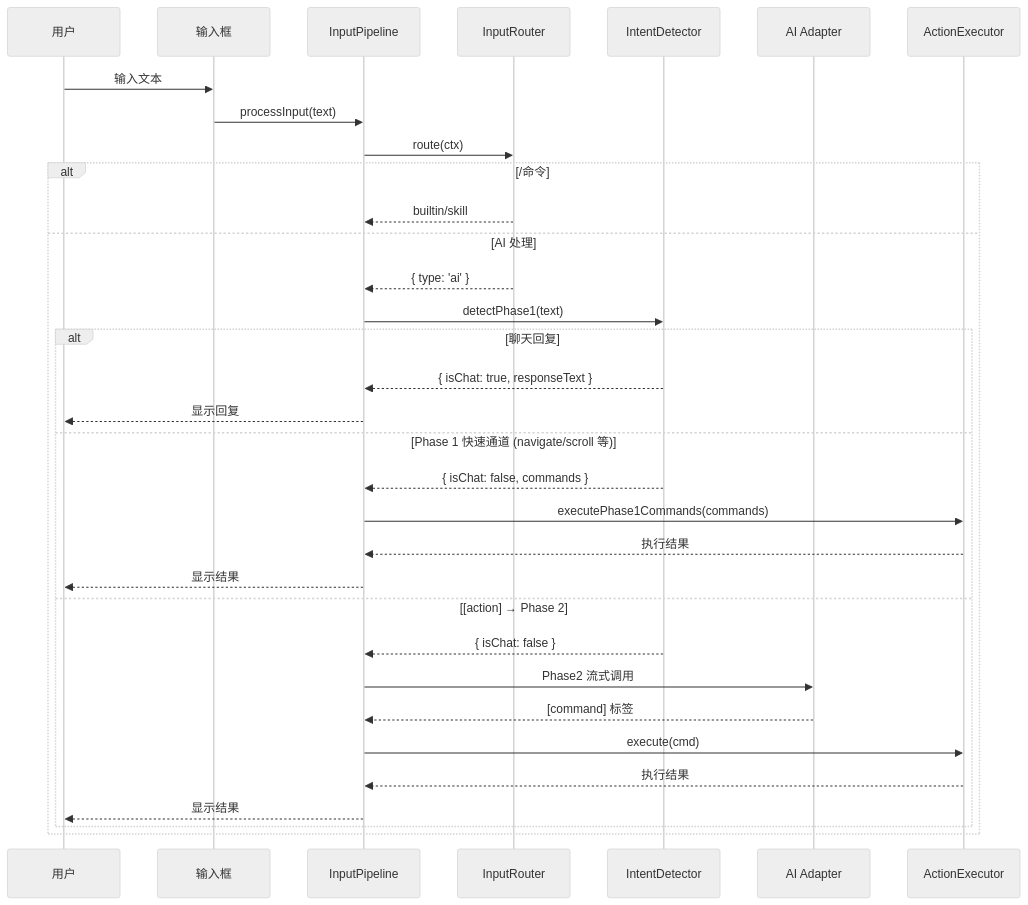
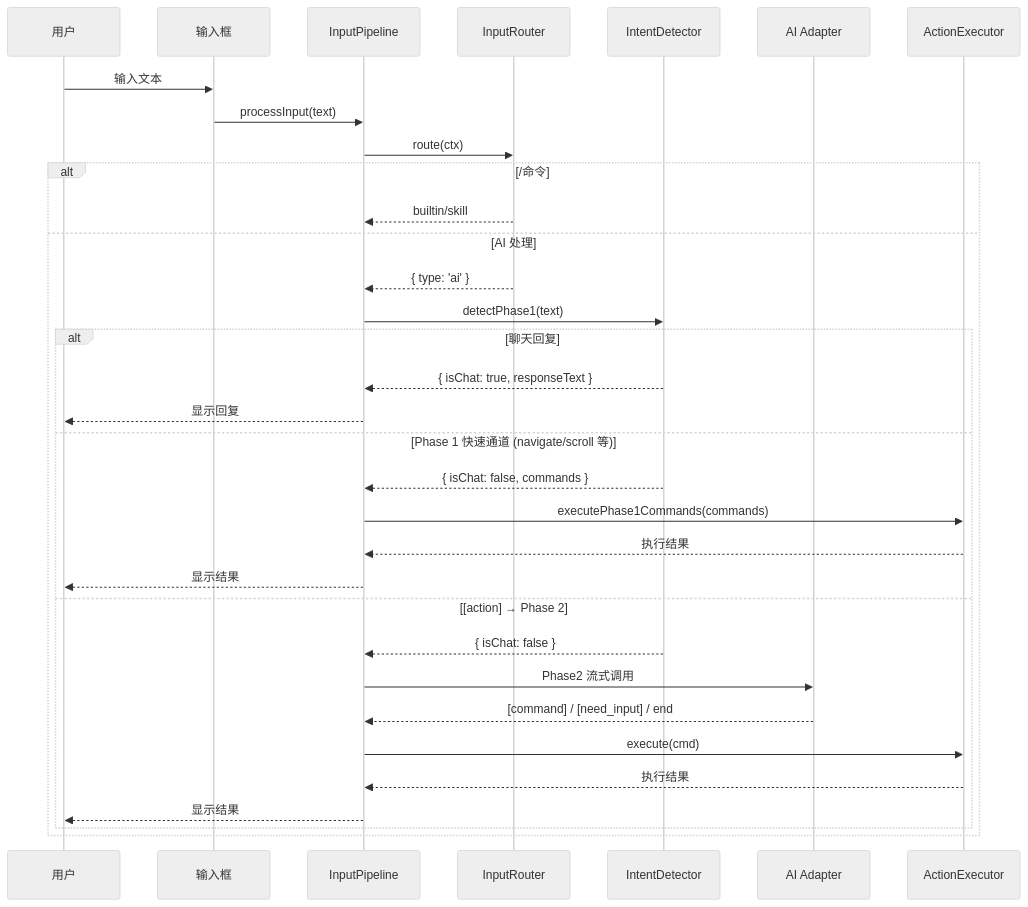
The second of 3 diagrams in README.md (zw123zw/ai-browser), drawn with Mermaid (neutral theme) before and after one commit. The commit also changed other lines of this file and 10 other files, not shown here.

````diff
--- a/README.md
+++ b/README.md
@@ -140,38 +140,38 @@
 ```mermaid
 sequenceDiagram
     participant User as 用户
     participant InputBar as 输入框
     participant Pipeline as InputPipeline
     participant Router as InputRouter
     participant Detector as IntentDetector
     participant AI as AI Adapter
     participant Executor as ActionExecutor
 
     User->>InputBar: 输入文本
     InputBar->>Pipeline: processInput(text)
     Pipeline->>Router: route(ctx)
 
     alt /命令
         Router-->>Pipeline: builtin/skill
     else AI 处理
         Router-->>Pipeline: { type: 'ai' }
         Pipeline->>Detector: detectPhase1(text)
 
         alt 聊天回复
             Detector-->>Pipeline: { isChat: true, responseText }
             Pipeline-->>User: 显示回复
         else Phase 1 快速通道 (navigate/scroll 等)
             Detector-->>Pipeline: { isChat: false, commands }
             Pipeline->>Executor: executePhase1Commands(commands)
             Executor-->>Pipeline: 执行结果
             Pipeline-->>User: 显示结果
         else [action] → Phase 2
             Detector-->>Pipeline: { isChat: false }
             Pipeline->>AI: Phase2 流式调用
-            AI-->>Pipeline: [command] 标签
+            AI-->>Pipeline: [command] / [need_input] / end
             Pipeline->>Executor: execute(cmd)
             Executor-->>Pipeline: 执行结果
             Pipeline-->>User: 显示结果
         end
     end
 ```
````
